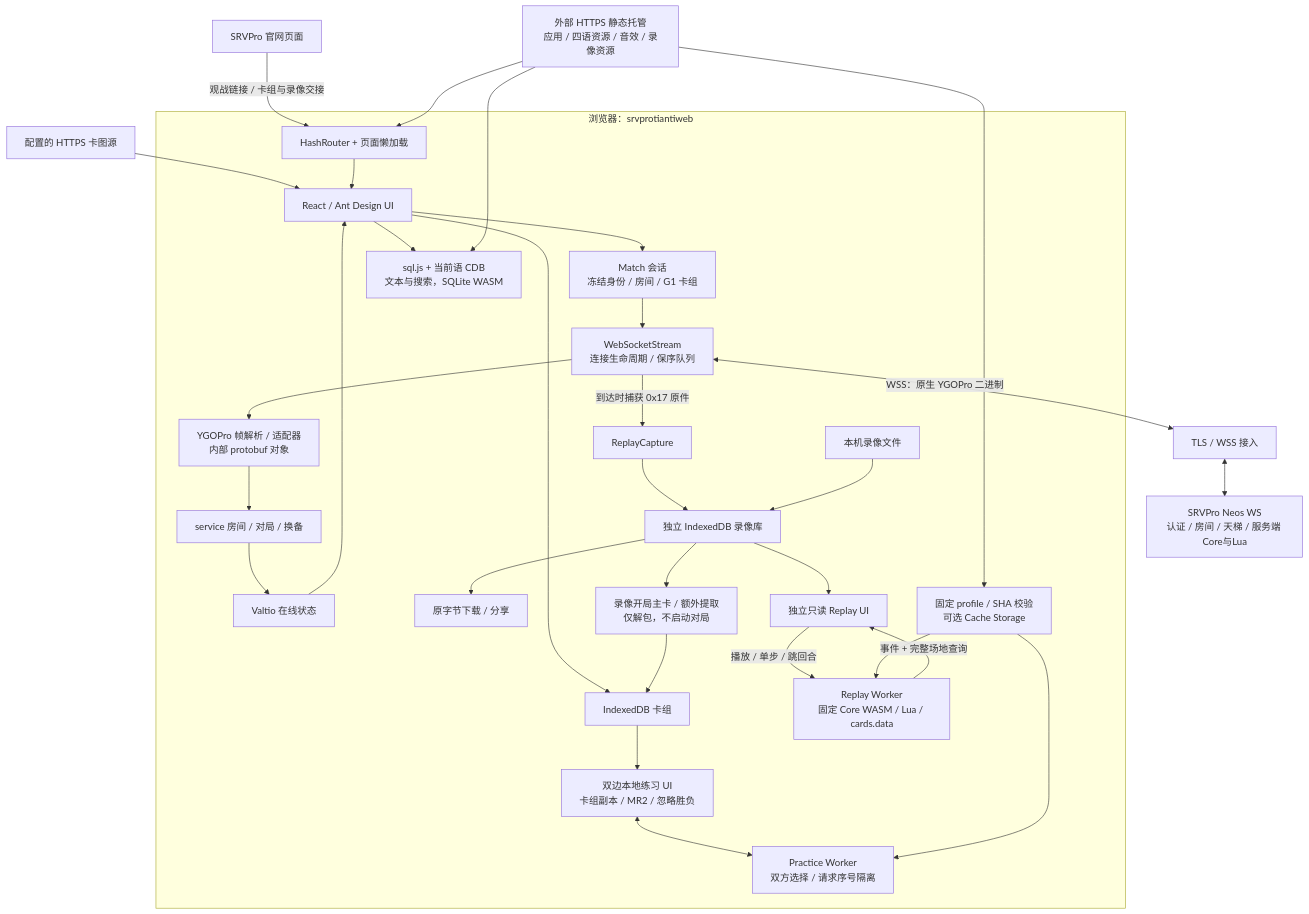
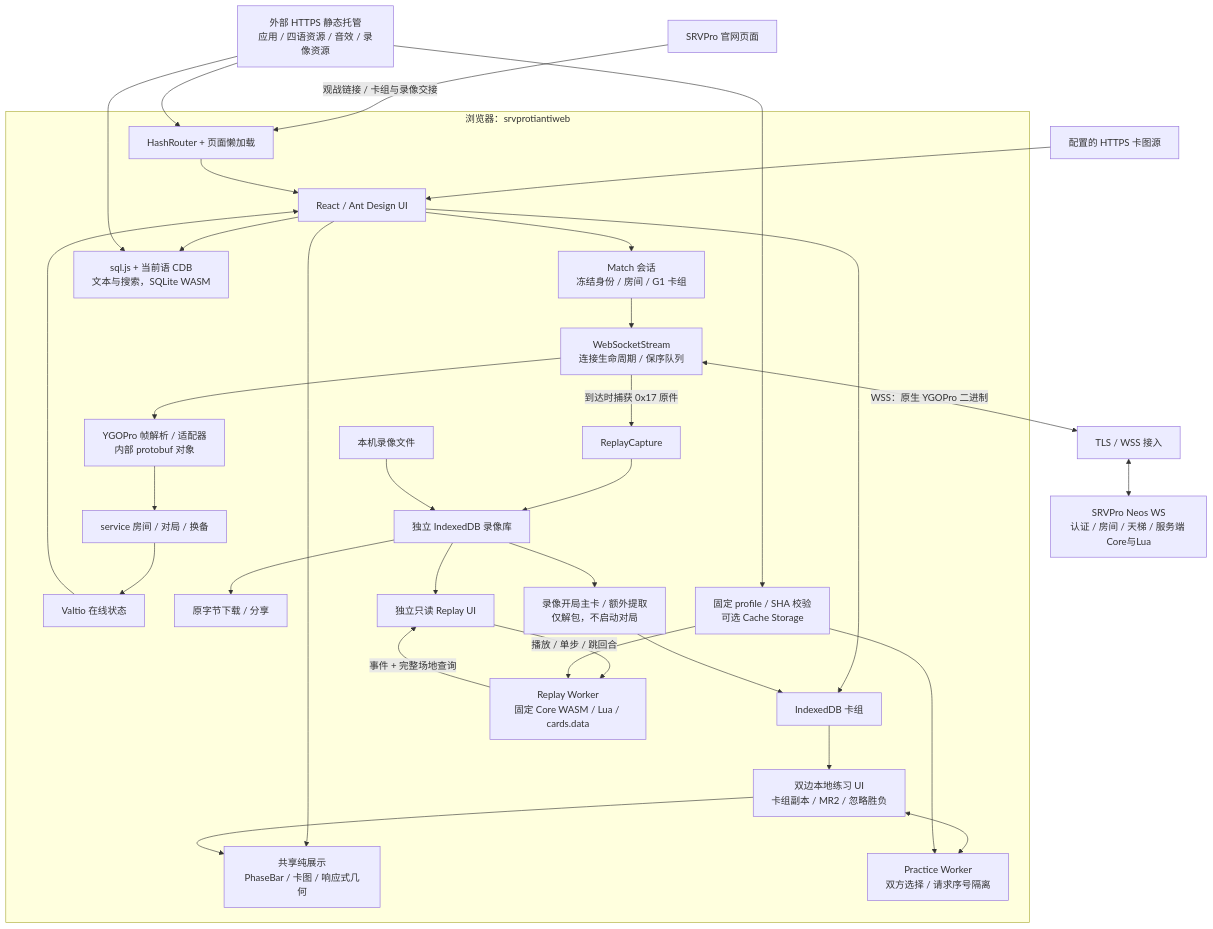
One commit to 301zrg/srvprotiantiweb changed the first of 4 diagrams in docs/ARCHITECTURE.md. Above: the diagram before and after it, drawn with Mermaid. The commit also changed other lines of this file and 41 other files, not shown here.

````diff
--- a/docs/ARCHITECTURE.md
+++ b/docs/ARCHITECTURE.md
@@ -9,34 +9,36 @@
 ```mermaid
 flowchart TB
   Website["SRVPro 官网页面"] -->|"观战链接 / 卡组与录像交接"| Router
   Static["外部 HTTPS 静态托管<br/>应用 / 四语资源 / 音效 / 录像资源"] --> Router
   Images["配置的 HTTPS 卡图源"] --> UI
   subgraph Browser["浏览器：srvprotiantiweb"]
     Router["HashRouter + 页面懒加载"] --> UI["React / Ant Design UI"]
     UI --> Join["Match 会话<br/>冻结身份 / 房间 / G1 卡组"]
+    UI --> SharedDisplay["共享纯展示<br/>PhaseBar / 卡图 / 响应式几何"]
     Join --> Transport["WebSocketStream<br/>连接生命周期 / 保序队列"]
     Transport --> Adapter["YGOPro 帧解析 / 适配器<br/>内部 protobuf 对象"]
     Adapter --> Services["service 房间 / 对局 / 换备"]
     Services --> Stores["Valtio 在线状态"]
     Stores --> UI
     UI --> Sqlite["sql.js + 当前语 CDB<br/>文本与搜索，SQLite WASM"]
     UI --> Decks["IndexedDB 卡组"]
     Transport -->|"到达时捕获 0x17 原件"| Capture["ReplayCapture"]
     Capture --> Library["独立 IndexedDB 录像库"]
     Files["本机录像文件"] --> Library
     Library --> Export["原字节下载 / 分享"]
     Library --> Player["独立只读 Replay UI"]
     Player -->|"播放 / 单步 / 跳回合"| Worker["Replay Worker<br/>固定 Core WASM / Lua / cards.data"]
     Worker -->|"事件 + 完整场地查询"| Player
     Profile["固定 profile / SHA 校验<br/>可选 Cache Storage"] --> Worker
     Library --> Extract["录像开局主卡 / 额外提取<br/>仅解包，不启动对局"]
     Extract --> Decks
     Decks --> Practice["双边本地练习 UI<br/>卡组副本 / MR2 / 忽略胜负"]
+    Practice --> SharedDisplay
     Practice <--> PracticeWorker["Practice Worker<br/>双方选择 / 请求序号隔离"]
     Profile --> PracticeWorker
   end
   Transport <-->|"WSS：原生 YGOPro 二进制"| Gateway["TLS / WSS 接入"]
   Gateway <--> Server["SRVPro Neos WS<br/>认证 / 房间 / 天梯 / 服务端 Core与Lua"]
   Static --> Sqlite
   Static --> Profile
 ```
````
